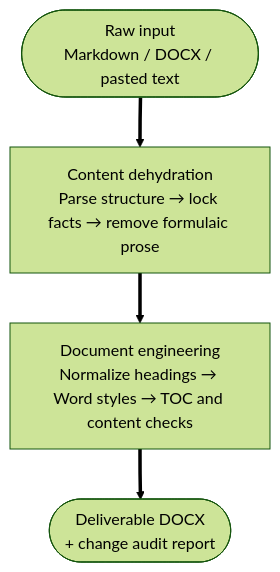
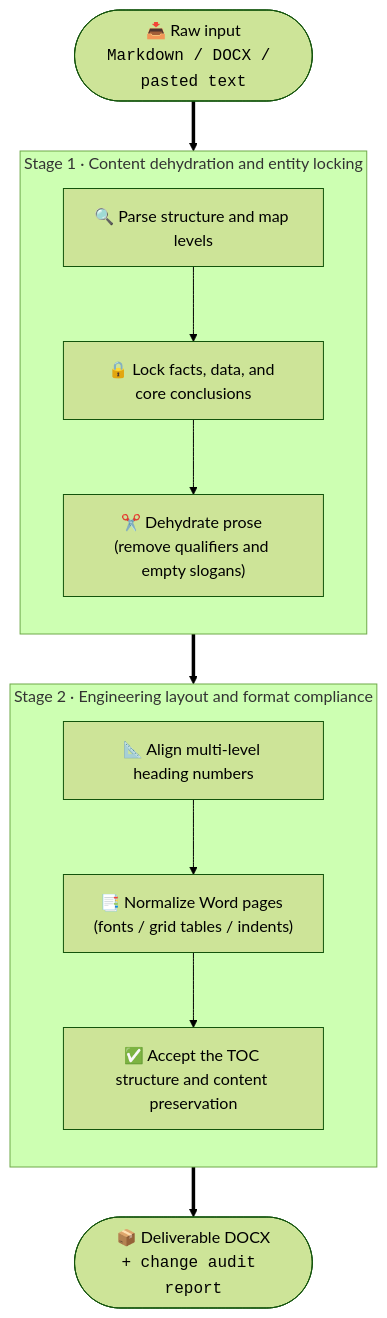
Before and after one commit to Wattson-Law/avoid-over-ai-writing-skill: the diagram in README.en.md, drawn with Mermaid (forest theme). The commit also changed other lines of this file, not shown here.

First line of the commit message:
Restore the English README layout

````diff
--- a/README.en.md
+++ b/README.en.md
@@ -41,8 +87,22 @@
 ```mermaid
 flowchart TD
-    IN(["Raw input<br>Markdown / DOCX / pasted text"])
-    P1["Content dehydration<br>Parse structure → lock facts → remove formulaic prose"]
-    P2["Document engineering<br>Normalize headings → Word styles → TOC and content checks"]
-    OUT(["Deliverable DOCX<br>+ change audit report"])
-    IN ==> P1 ==> P2 ==> OUT
+    IN(["📥 Raw input<br><code>Markdown / DOCX / pasted text</code>"])
+    subgraph P1 ["Stage 1 · Content dehydration and entity locking"]
+        direction TB
+        A1["🔍 Parse structure and map levels"]
+        A2["🔒 Lock facts, data, and core conclusions"]
+        A3["✂️ Dehydrate prose (remove qualifiers and empty slogans)"]
+        A1 --> A2 --> A3
+    end
+    subgraph P2 ["Stage 2 · Engineering layout and format compliance"]
+        direction TB
+        B1["📐 Align multi-level heading numbers"]
+        B2["📑 Normalize Word pages (fonts / grid tables / indents)"]
+        B3["✅ Accept the TOC structure and content preservation"]
+        B1 --> B2 --> B3
+    end
+    OUT(["📦 Deliverable DOCX<br><code>+ change audit report</code>"])
+    IN ==> P1
+    P1 ==> P2
+    P2 ==> OUT
 ```
````
